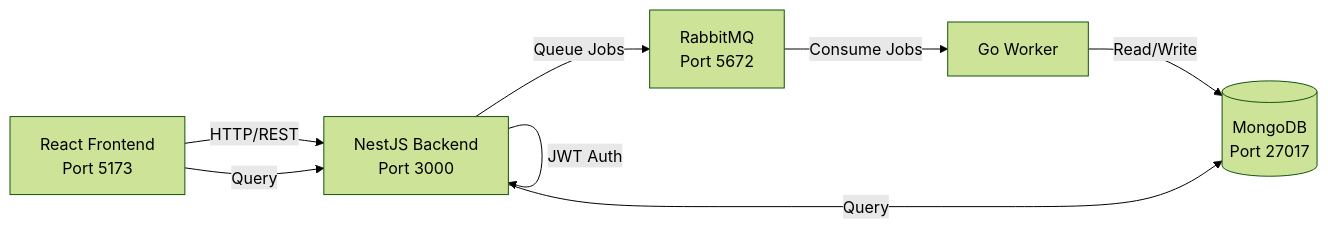
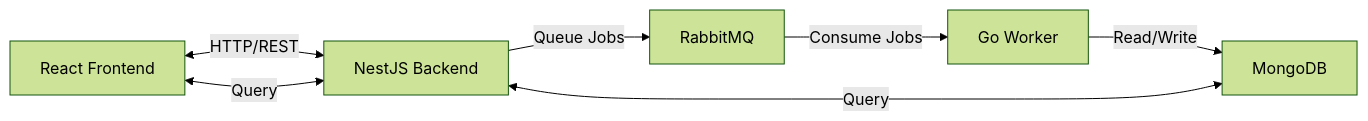
Before and after one commit to rodrigues-heric/rss-feed: the diagram in README.md, drawn with Mermaid (forest theme). The commit also changed other lines of this file, not shown here.

Commit message:
Update: mermaid graph

````diff
--- a/README.md
+++ b/README.md
@@ -69,10 +69,9 @@
 ```mermaid
 graph LR
-    A[React Frontend<br/>Port 5173] -->|HTTP/REST| B[NestJS Backend<br/>Port 3000]
-    B -->|JWT Auth| B
-    B -->|Queue Jobs| C[RabbitMQ<br/>Port 5672]
+    A[React Frontend] <-->|HTTP/REST| B[NestJS Backend]
+    B -->|Queue Jobs| C[RabbitMQ]
     C -->|Consume Jobs| D[Go Worker]
-    D -->|Read/Write| E[(MongoDB<br/>Port 27017)]
-    B -->|Query| E
-    A -->|Query| B
+    D -->|Read/Write| E[MongoDB]
+    B <-->|Query| E
+    A <-->|Query| B
 ```
````
